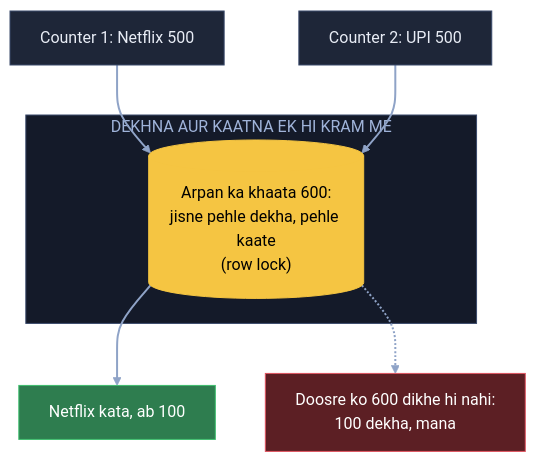
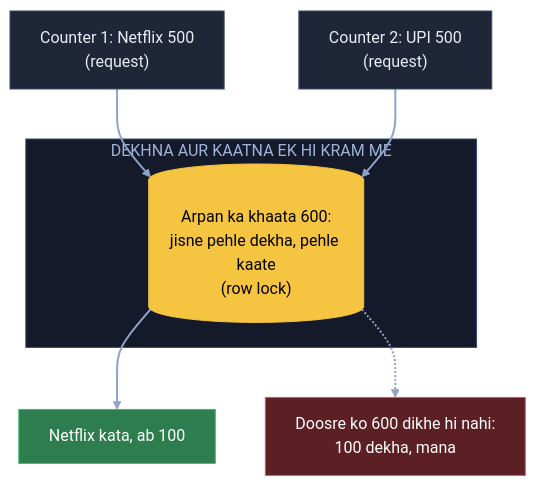
One commit to ArpanMaheshwari144/Prep changed the third of 22 diagrams in 04_HLD/SYSTEM_DESIGNS/13_banking_system/13_banking_system.md. Above: the diagram before and after it, drawn with Mermaid. The commit also changed other lines of this file and 22 other files, not shown here.

Commit message:
Diagram: sirf kahani ke dohraaye shabd pe bracket, us jagah notes wala matlab (207 label)

````diff
--- a/04_HLD/SYSTEM_DESIGNS/13_banking_system/13_banking_system.md
+++ b/04_HLD/SYSTEM_DESIGNS/13_banking_system/13_banking_system.md
@@ -162,20 +162,20 @@
 ```mermaid
 flowchart TB
-    N["Counter 1: Netflix 500"]:::card
-    U["Counter 2: UPI 500"]:::card
+    N["Counter 1: Netflix 500<br/>(request)"]:::card
+    U["Counter 2: UPI 500<br/>(request)"]:::card
     subgraph EK["DEKHNA AUR KAATNA EK HI KRAM ME"]
         B[("Arpan ka khaata 600:<br/>jisne pehle dekha, pehle kaate<br/>(row lock)")]:::pill
     end
     OK["Netflix kata, ab 100"]:::good
     X["Doosre ko 600 dikhe hi nahi:<br/>100 dekha, mana"]:::bad
     N --> B
     U --> B
     B --> OK
     B -.-> X
     linkStyle default stroke:#8fa3c7,stroke-width:2px
     classDef card fill:#1e2638,stroke:#3a4a6b,color:#e8ecf5
     classDef pill fill:#f5c542,stroke:#f5c542,color:#000
     classDef good fill:#2e7d4f,stroke:#3fbf6f,color:#fff
     classDef bad fill:#5c1f24,stroke:#e05561,color:#fff
     style EK fill:#141a29,stroke:#3a4a6b,color:#9fb3d9
 ```
````
